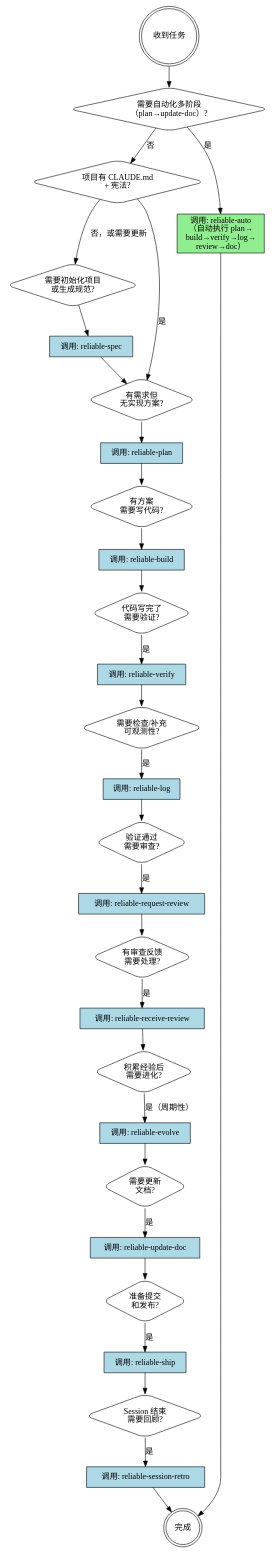
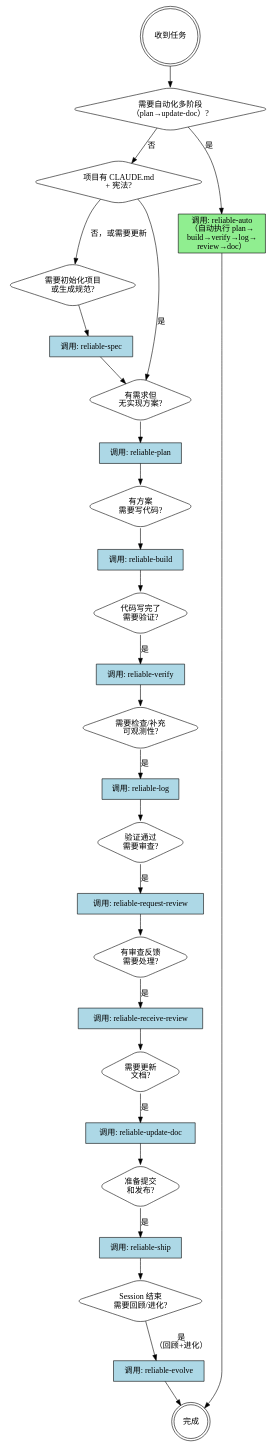
The diagram in skills/using-reliable-agent/SKILL.md (sueichen/reliable-agent), drawn with Graphviz before and after one commit. The commit also changed other lines of this file and 17 other files, not shown here.

First line of the commit message:
refactor: merge reliable-session-retro into reliable-evolve

````diff
--- a/skills/using-reliable-agent/SKILL.md
+++ b/skills/using-reliable-agent/SKILL.md
@@ -105,79 +105,74 @@
 ```dot
 digraph skill_flow {
     rankdir=TB;
     node [shape=box, style=rounded];
 
     start [label="收到任务", shape=doublecircle];
 
     need_auto [label="需要自动化多阶段\n（plan→update-doc）?", shape=diamond];
 
     has_claude_md [label="项目有 CLAUDE.md\n+ 宪法?", shape=diamond];
     need_spec [label="需要初始化项目\n或生成规范?", shape=diamond];
     need_plan [label="有需求但\n无实现方案?", shape=diamond];
     need_build [label="有方案\n需要写代码?", shape=diamond];
     need_verify [label="代码写完了\n需要验证?", shape=diamond];
     need_log [label="需要检查/补充\n可观测性?", shape=diamond];
     need_review [label="验证通过\n需要审查?", shape=diamond];
     has_review [label="有审查反馈\n需要处理?", shape=diamond];
-    need_evolve [label="积累经验后\n需要进化?", shape=diamond];
+    need_evolve [label="Session 结束\n需要回顾/进化?", shape=diamond];
     need_doc [label="需要更新\n文档?", shape=diamond];
     need_ship [label="准备提交\n和发布?", shape=diamond];
-    need_retro [label="Session 结束\n需要回顾?", shape=diamond];
 
     spec_call [label="调用: reliable-spec", shape=box style=filled fillcolor=lightblue];
     plan_call [label="调用: reliable-plan", shape=box style=filled fillcolor=lightblue];
     auto_call [label="调用: reliable-auto\n（自动执行 plan→\nbuild→verify→log→\nreview→doc）", shape=box style=filled fillcolor=lightgreen];
     build_call [label="调用: reliable-build", shape=box style=filled fillcolor=lightblue];
     verify_call [label="调用: reliable-verify", shape=box style=filled fillcolor=lightblue];
     log_call [label="调用: reliable-log", shape=box style=filled fillcolor=lightblue];
     review_call [label="调用: reliable-request-review", shape=box style=filled fillcolor=lightblue];
     receive_call [label="调用: reliable-receive-review", shape=box style=filled fillcolor=lightblue];
     evolve_call [label="调用: reliable-evolve", shape=box style=filled fillcolor=lightblue];
     doc_call [label="调用: reliable-update-doc", shape=box style=filled fillcolor=lightblue];
     ship_call [label="调用: reliable-ship", shape=box style=filled fillcolor=lightblue];
-    retro_call [label="调用: reliable-session-retro", shape=box style=filled fillcolor=lightblue];
 
     done [label="完成", shape=doublecircle];
 
     start -> need_auto;
     need_auto -> auto_call [label="是"];
     auto_call -> done;
     need_auto -> has_claude_md [label="否"];
 
     has_claude_md -> need_spec [label="否，或需要更新"];
     has_claude_md -> need_plan [label="是"];
     
     need_spec -> spec_call;
     spec_call -> need_plan;
     
     need_plan -> plan_call;
     plan_call -> need_build;
     
     need_build -> build_call;
     build_call -> need_verify;
     
     need_verify -> verify_call [label="是"];
     verify_call -> need_log;
     
     need_log -> log_call [label="是"];
     log_call -> need_review;
     
     need_review -> review_call [label="是"];
     review_call -> has_review;
     
     has_review -> receive_call [label="是"];
-    receive_call -> need_evolve;
-    
-    need_evolve -> evolve_call [label="是（周期性）"];
-    evolve_call -> need_doc;
+    receive_call -> need_doc;
     
     need_doc -> doc_call [label="是"];
     doc_call -> need_ship;
     
     need_ship -> ship_call [label="是"];
-    ship_call -> need_retro;
+    ship_call -> need_evolve;
     
-    need_retro -> retro_call [label="是"];
-    retro_call -> done;
+    need_evolve -> evolve_call [label="是\n（回顾+进化）"];
+    evolve_call -> done;
 }
 ```
````
